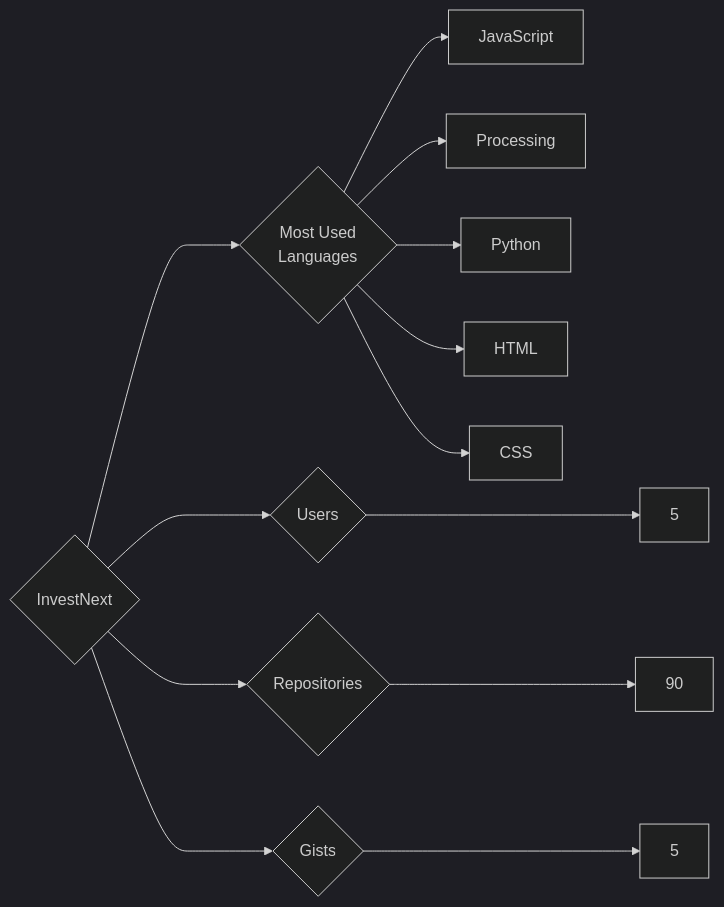
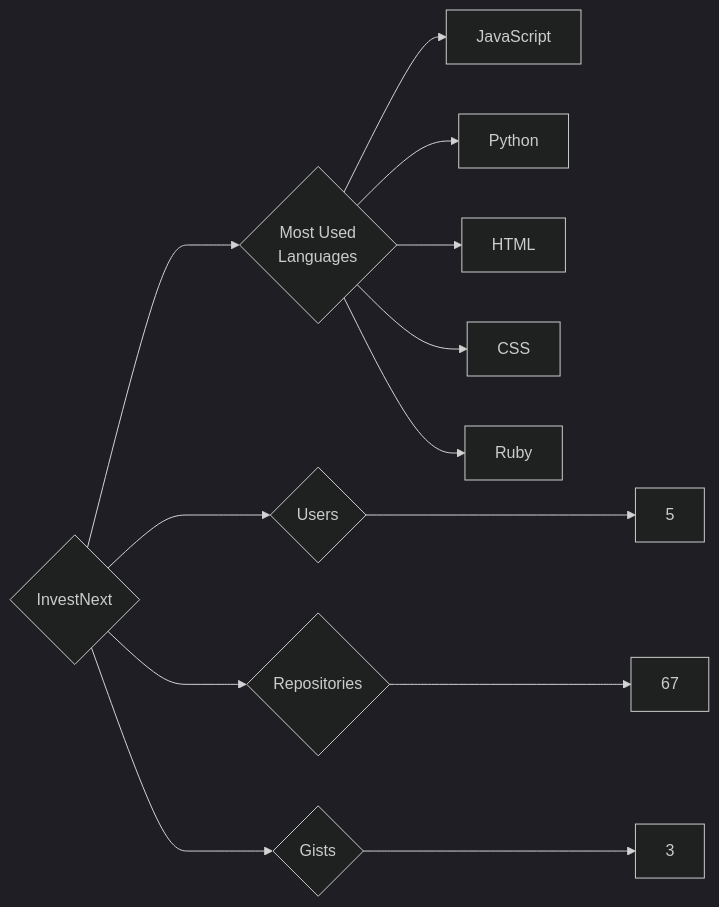
One commit to trickest/insiders changed the diagram in targets/InvestNext/README.md. Above: the diagram before and after it, drawn with Mermaid (dark theme). The commit also changed 1167 other files, not shown here.

````diff
--- a/targets/InvestNext/README.md
+++ b/targets/InvestNext/README.md
@@ -3,13 +3,13 @@
 ```mermaid
 graph LR
 COMPANY_NAME{InvestNext}
 COMPANY_NAME ---> U{Users} ---> UN[5]
-COMPANY_NAME ---> R{Repositories} ---> RN[90]
-COMPANY_NAME ---> G{Gists} ---> GN[5]
+COMPANY_NAME ---> R{Repositories} ---> RN[67]
+COMPANY_NAME ---> G{Gists} ---> GN[3]
 COMPANY_NAME ---> ML{Most Used<br>Languages}
 ML --> JavaScript[JavaScript]
-ML --> Processing[Processing]
 ML --> Python[Python]
 ML --> HTML[HTML]
 ML --> CSS[CSS]
+ML --> Ruby[Ruby]
 ```
````
